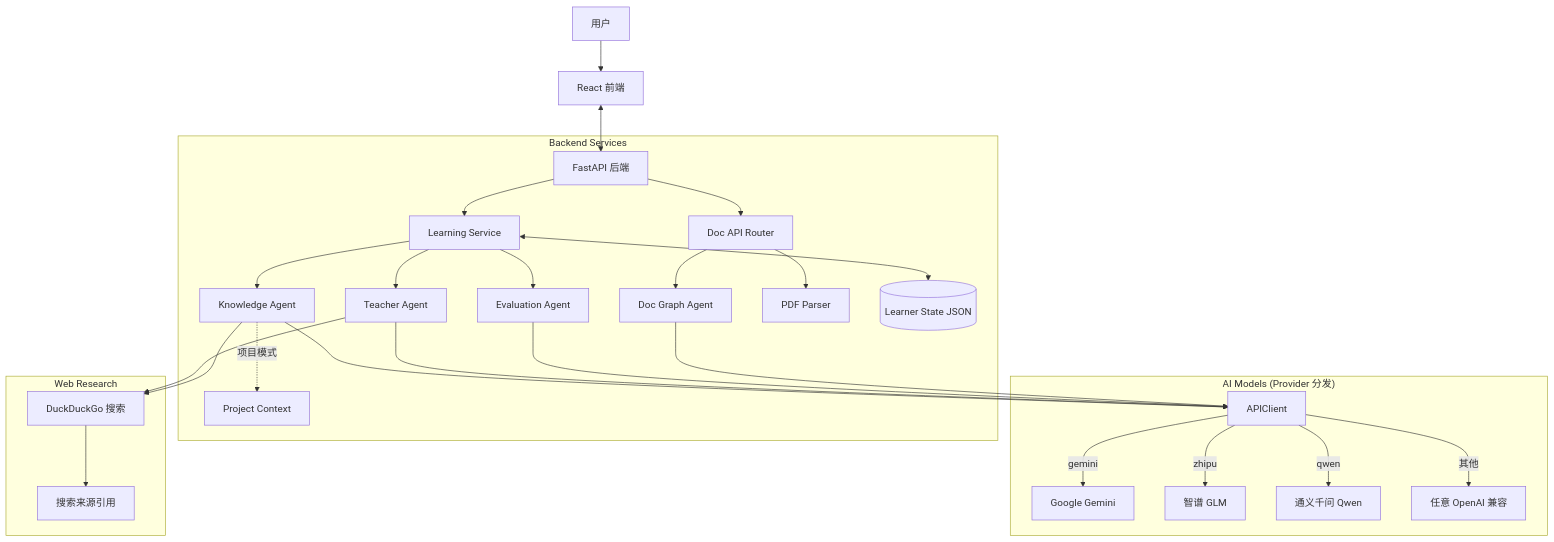
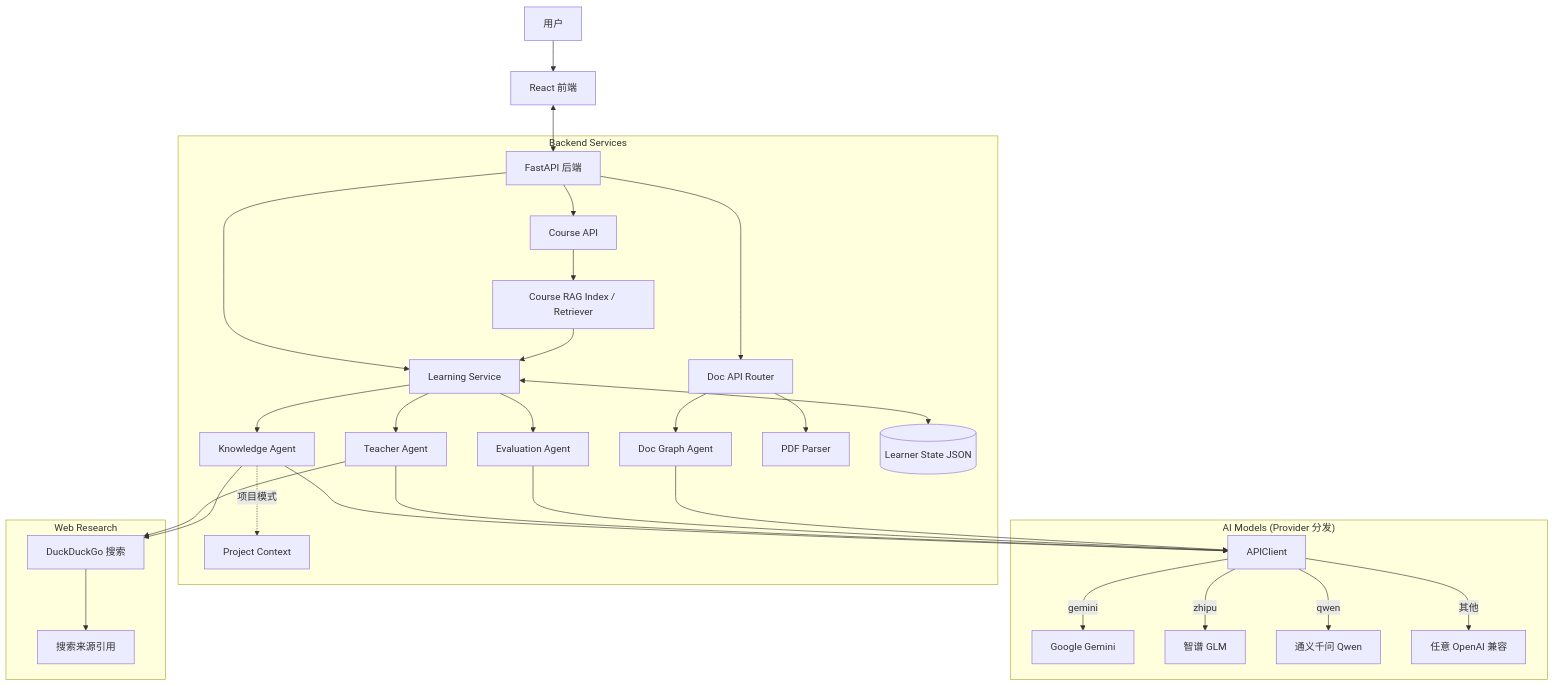
One commit to Dyiuu/AstraMentor-v1 changed the diagram in README.md. Above: the diagram before and after it, drawn with Mermaid. The commit also changed other lines of this file and 146 other files, not shown here.

Commit message:
feat: add AI vocational courses and multi-course RAG

````diff
--- a/README.md
+++ b/README.md
@@ -125,34 +142,37 @@
 ```mermaid
 graph TD
     User[用户] --> Client[React 前端]
     Client <--> API[FastAPI 后端]
 
     subgraph "Backend Services"
         API --> Service[Learning Service]
+        API --> CourseAPI[Course API]
+        CourseAPI --> RAG[Course RAG Index / Retriever]
+        RAG --> Service
         API --> DocAPI[Doc API Router]
         Service --> KA[Knowledge Agent]
         Service --> TA[Teacher Agent]
         Service --> EA[Evaluation Agent]
         DocAPI --> DGA[Doc Graph Agent]
         DocAPI --> PDF[PDF Parser]
         Service <--> DB[(Learner State JSON)]
         KA -.->|项目模式| PJ[Project Context]
     end
 
     subgraph "AI Models (Provider 分发)"
         KA --> AC[APIClient]
         TA --> AC
         EA --> AC
         DGA --> AC
         AC -->|gemini| Gemini[Google Gemini]
         AC -->|zhipu| GLM[智谱 GLM]
         AC -->|qwen| Qwen[通义千问 Qwen]
         AC -->|其他| OAI[任意 OpenAI 兼容]
     end
 
     subgraph "Web Research"
         TA --> DDG[DuckDuckGo 搜索]
         KA --> DDG
         DDG --> Sources[搜索来源引用]
     end
 ```
````
